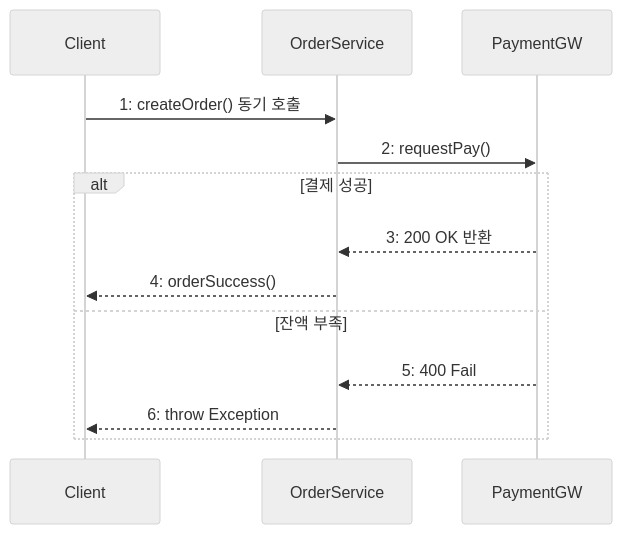
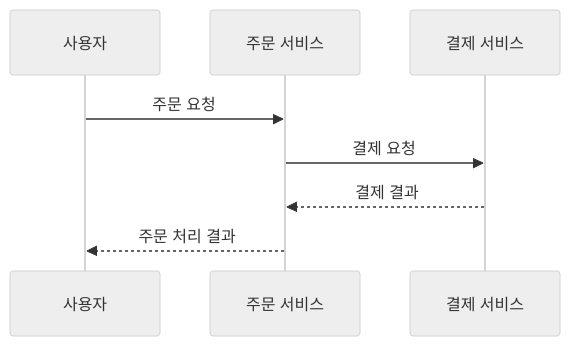
Before and after one commit to agnusdei1207/study: the second of 2 diagrams in src/content/docs/notes/itpe/02-software-engineering/111_sequence_diagram.md, drawn with Mermaid (neutral theme). The commit also changed other lines of this file and 31 other files, not shown here.

````diff
--- a/src/content/docs/notes/itpe/02-software-engineering/111_sequence_diagram.md
+++ b/src/content/docs/notes/itpe/02-software-engineering/111_sequence_diagram.md
@@ -67,15 +95,10 @@
 ```mermaid
 sequenceDiagram
-    participant C as Client
-    participant O as OrderService
-    participant P as PaymentGW
-    C->>O: 1: createOrder() 동기 호출
-    O->>P: 2: requestPay()
-    alt 결제 성공
-        P-->>O: 3: 200 OK 반환
-        O-->>C: 4: orderSuccess()
-    else 잔액 부족
-        P-->>O: 5: 400 Fail
-        O-->>C: 6: throw Exception
-    end
+    participant U as 사용자
+    participant A as 주문 서비스
+    participant P as 결제 서비스
+    U->>A: 주문 요청
+    A->>P: 결제 요청
+    P-->>A: 결제 결과
+    A-->>U: 주문 처리 결과
 ```
````
